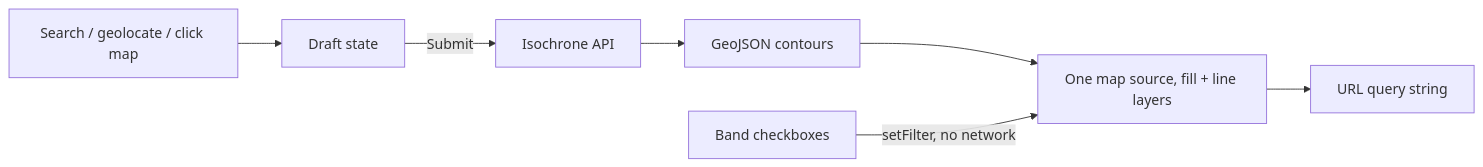
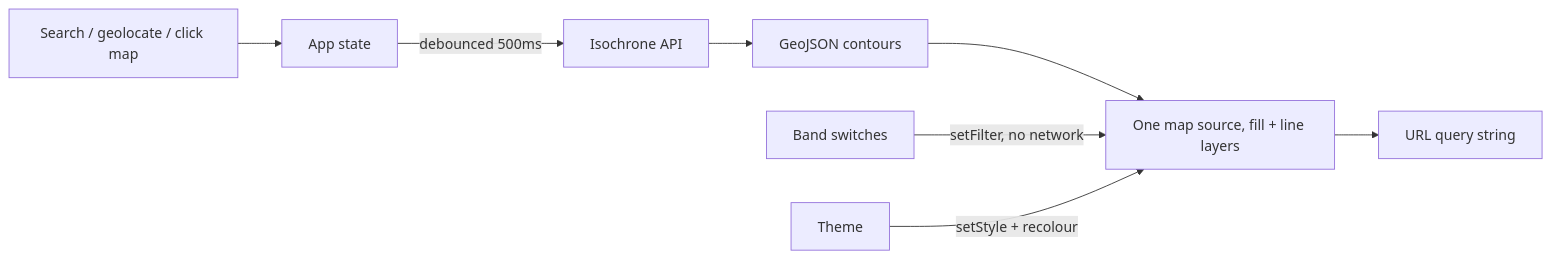
One commit to ilyamotamedi/isochrones changed the diagram in README.md. Above: the diagram before and after it, drawn with Mermaid. The commit also changed other lines of this file and 15 other files, not shown here.

````diff
--- a/README.md
+++ b/README.md
@@ -69,9 +69,10 @@
 ```mermaid
 flowchart LR
-  A["Search / geolocate / click map"] --> B["Draft state"]
-  B -->|"Submit"| C["Isochrone API"]
+  A["Search / geolocate / click map"] --> B["App state"]
+  B -->|"debounced 500ms"| C["Isochrone API"]
   C --> D["GeoJSON contours"]
   D --> E["One map source, fill + line layers"]
-  F["Band checkboxes"] -->|"setFilter, no network"| E
-  E --> G["URL query string"]
+  F["Band switches"] -->|"setFilter, no network"| E
+  G["Theme"] -->|"setStyle + recolour"| E
+  E --> H["URL query string"]
 ```
````
